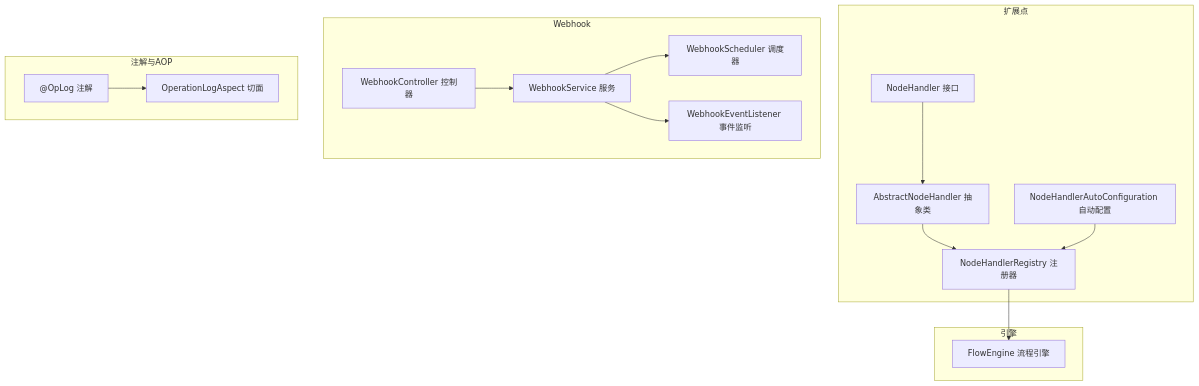
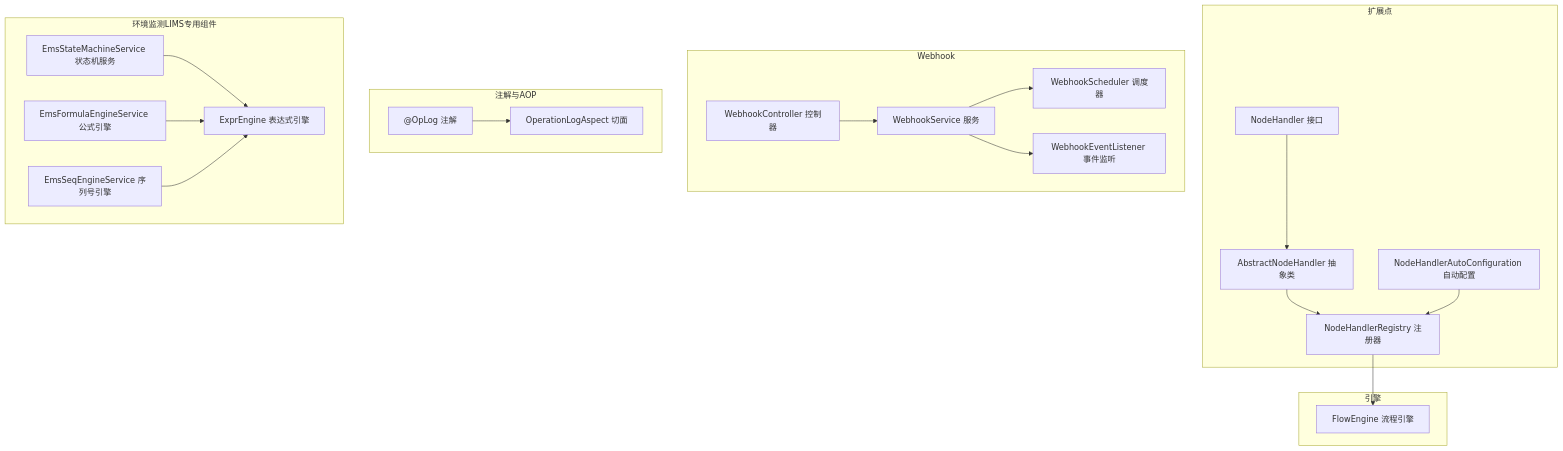
Before and after one commit to liming-lihaini/workflow: the first of 11 diagrams in .qoder/repowiki/zh/content/扩展开发指南/扩展开发指南.md, drawn with Mermaid. The commit also changed other lines of this file and 45 other files, not shown here.

````diff
--- a/.qoder/repowiki/zh/content/扩展开发指南/扩展开发指南.md
+++ b/.qoder/repowiki/zh/content/扩展开发指南/扩展开发指南.md
@@ -65,30 +80,39 @@
 ```mermaid
 graph TB
 subgraph "扩展点"
 NH["NodeHandler 接口"]
 ANH["AbstractNodeHandler 抽象类"]
 REG["NodeHandlerRegistry 注册器"]
 AUTO["NodeHandlerAutoConfiguration 自动配置"]
 end
 subgraph "引擎"
 FE["FlowEngine 流程引擎"]
 end
 subgraph "Webhook"
 WC["WebhookController 控制器"]
 WS["WebhookService 服务"]
 WSC["WebhookScheduler 调度器"]
 WEL["WebhookEventListener 事件监听"]
 end
 subgraph "注解与AOP"
 OPLOG["@OpLog 注解"]
 OLA["OperationLogAspect 切面"]
 end
+subgraph "环境监测LIMS专用组件"
+SSM["EmsStateMachineService 状态机服务"]
+FFE["EmsFormulaEngineService 公式引擎"]
+SSE["EmsSeqEngineService 序列号引擎"]
+EE["ExprEngine 表达式引擎"]
+end
 NH --> ANH
 ANH --> REG
 REG --> FE
 AUTO --> REG
 WC --> WS
 WS --> WSC
 WS --> WEL
 OPLOG --> OLA
+SSM --> EE
+FFE --> EE
+SSE --> EE
 ```
````
